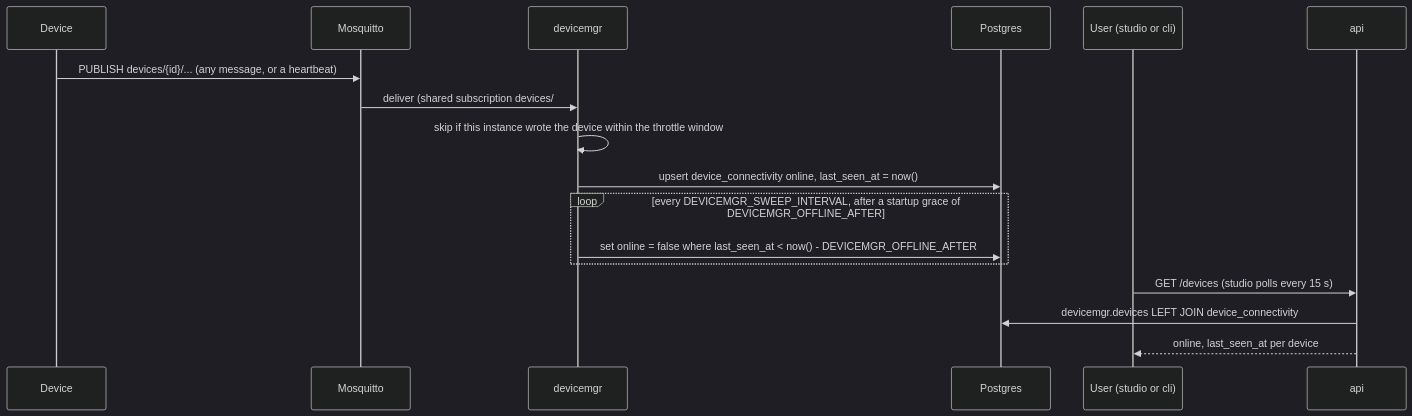
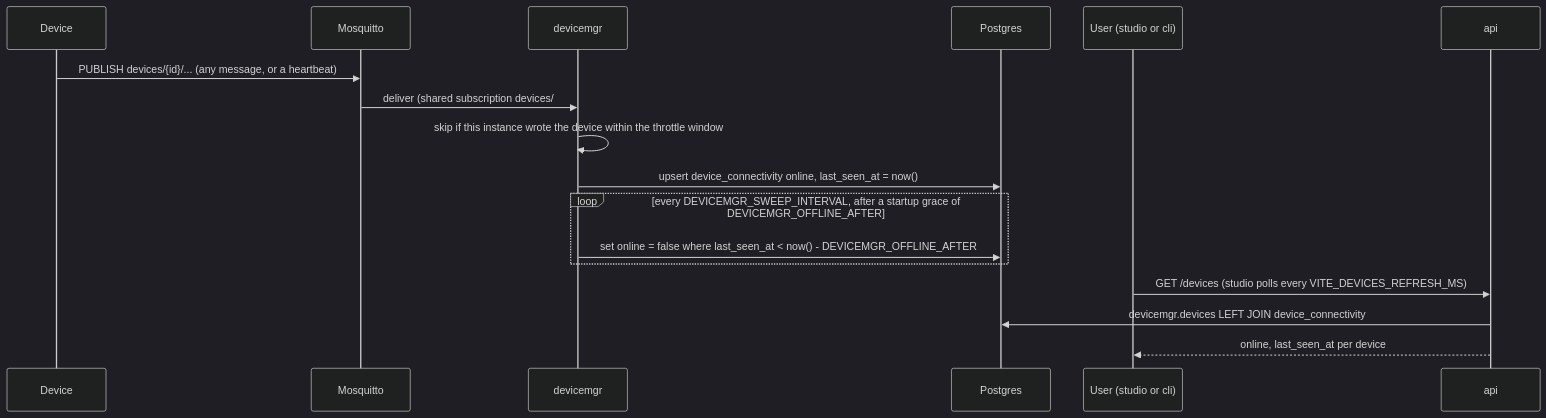
One commit to jaredhughes1012/dalnamics changed the second of 2 diagrams in docs/devices.md. Above: the diagram before and after it, drawn with Mermaid (dark theme). The commit also changed other lines of this file and 6 other files, not shown here.

First line of the commit message:
Make the Devices page refresh interval configurable

````diff
--- a/docs/devices.md
+++ b/docs/devices.md
@@ -112,19 +112,19 @@
 ```mermaid
 sequenceDiagram
     participant D as Device
     participant B as Mosquitto
     participant DM as devicemgr
     participant DB as Postgres
     participant U as User (studio or cli)
     participant API as api
     D->>B: PUBLISH devices/{id}/... (any message, or a heartbeat)
     B->>DM: deliver (shared subscription devices/#)
     DM->>DM: skip if this instance wrote the device within the throttle window
     DM->>DB: upsert device_connectivity online, last_seen_at = now()
     loop every DEVICEMGR_SWEEP_INTERVAL, after a startup grace of DEVICEMGR_OFFLINE_AFTER
         DM->>DB: set online = false where last_seen_at < now() - DEVICEMGR_OFFLINE_AFTER
     end
-    U->>API: GET /devices (studio polls every 15 s)
+    U->>API: GET /devices (studio polls every VITE_DEVICES_REFRESH_MS)
     API->>DB: devicemgr.devices LEFT JOIN device_connectivity
     API-->>U: online, last_seen_at per device
 ```
````
